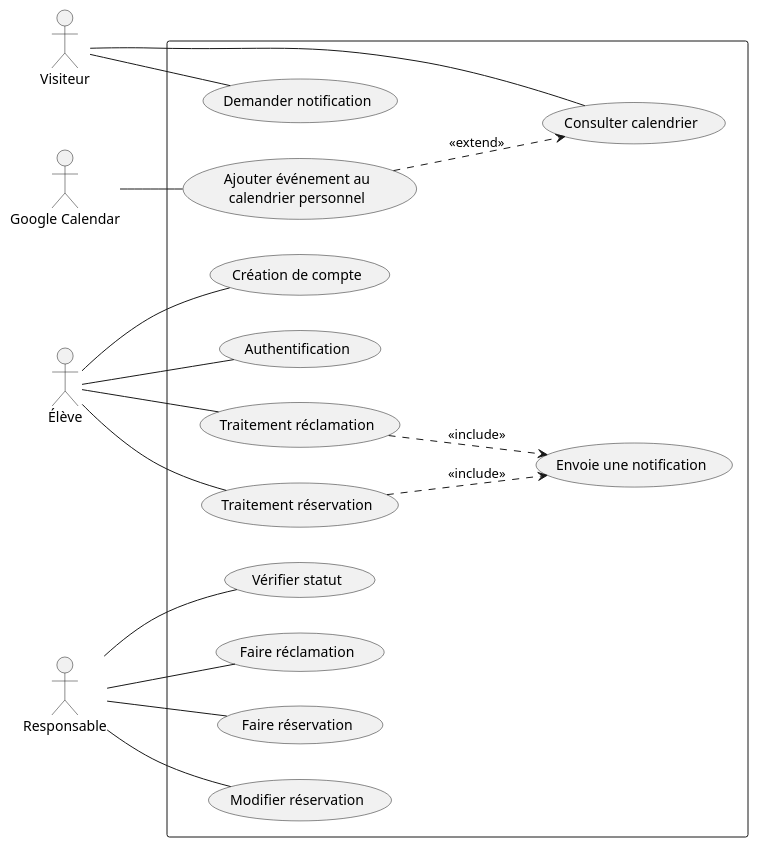
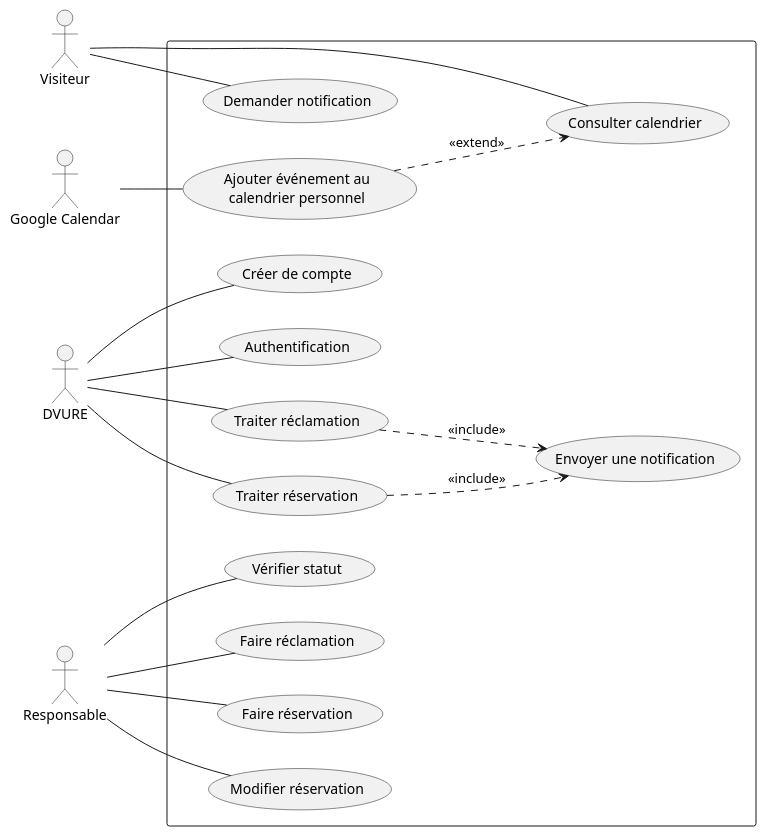
One commit to zakarialahrizi/insat_community_calendar changed the diagram in docs/use_case.puml. Above: the diagram before and after it, drawn with PlantUML.

Commit message:
Update use case names and actor references

```diff
--- a/docs/use_case.puml
+++ b/docs/use_case.puml
@@ -1,44 +1,44 @@
 @startuml
 left to right direction
 
-actor "Élève" as Eleve
+actor "DVURE" as DVURE
 actor "Responsable" as Responsable
 actor "Visiteur" as Visiteur
 actor "Google Calendar" as GoogleCalendar
 
 rectangle " " {
-    usecase "Traitement réclamation" as UC1
-    usecase "Traitement réservation" as UC2
-    usecase "Envoie une notification" as UC3
-    usecase "Création de compte" as UC4
+    usecase "Traiter réclamation" as UC1
+    usecase "Traiter réservation" as UC2
+    usecase "Envoyer une notification" as UC3
+    usecase "Créer de compte" as UC4
     usecase "Authentification" as UC5
 
     usecase "Faire réservation" as UC6
     usecase "Modifier réservation" as UC7
     usecase "Vérifier statut" as UC8
     usecase "Faire réclamation" as UC9
 
     usecase "Consulter calendrier" as UC10
     usecase "Demander notification" as UC11
     usecase "Ajouter événement au\ncalendrier personnel" as UC12
 
-    Eleve -- UC1
-    Eleve -- UC2
-    Eleve -- UC4
-    Eleve -- UC5
+    DVURE -- UC1
+    DVURE -- UC2
+    DVURE -- UC4
+    DVURE -- UC5
 
     UC1 ..> UC3 : <<include>>
     UC2 ..> UC3 : <<include>>
 
     Responsable -- UC6
     Responsable -- UC7
     Responsable -- UC8
     Responsable -- UC9
 
     Visiteur -- UC10
     Visiteur -- UC11
 
     UC12 ..> UC10 : <<extend>>
     GoogleCalendar -- UC12
 }
 @enduml
```
